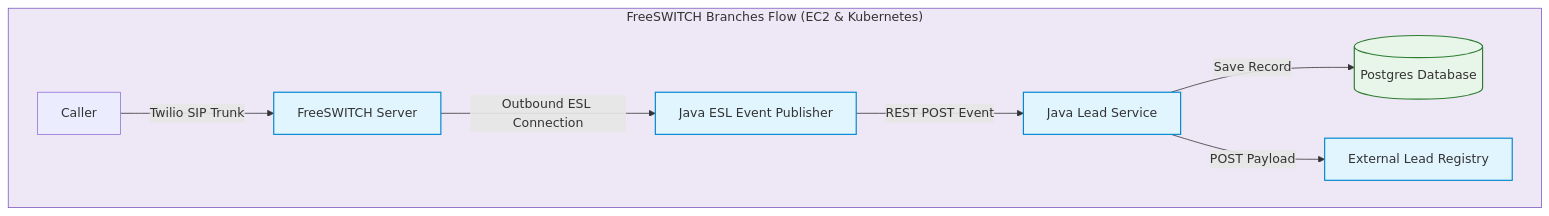
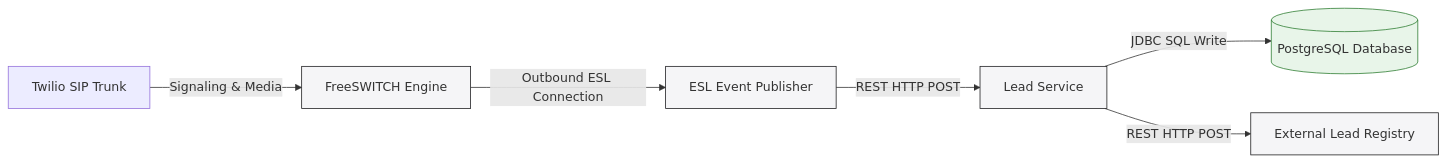
Before and after one commit to A5HW1NRA7AN/Telephony-Service: the diagram in README.md, drawn with Mermaid. The commit also changed other lines of this file, not shown here.

Commit message:
Restructure README.md to be more professional, emoji-free and clean up mermaid layout

````diff
--- a/README.md
+++ b/README.md
@@ -23,16 +23,11 @@
 ```mermaid
-flowchart TD
-    classDef branch fill:#f9f9f9,stroke:#333,stroke-width:1px;
-    classDef nodeStyle fill:#e1f5fe,stroke:#0288d1,stroke-width:1.5px;
-    classDef dbStyle fill:#e8f5e9,stroke:#2e7d32,stroke-width:1.5px;
+flowchart LR
+    classDef comp fill:#f5f5f7,stroke:#1d1d1f,stroke-width:1px;
+    classDef database fill:#e8f5e9,stroke:#2e7d32,stroke-width:1px;
 
-    subgraph FreeSwitchFlow ["FreeSWITCH Branches Flow (EC2 & Kubernetes)"]
-        F[Caller] -->|Twilio SIP Trunk| G[FreeSWITCH Server]:::nodeStyle
-        G -->|Outbound ESL Connection| H[Java ESL Event Publisher]:::nodeStyle
-        H -->|REST POST Event| J[Java Lead Service]:::nodeStyle
-        J -->|Save Record| K[(Postgres Database)]:::dbStyle
-        J -->|POST Payload| L[External Lead Registry]:::nodeStyle
-    end
-    
-    style FreeSwitchFlow fill:#ede7f6,stroke:#7e57c2,stroke-width:1px
+    SIP[Twilio SIP Trunk] -->|Signaling & Media| FS[FreeSWITCH Engine]:::comp
+    FS -->|Outbound ESL Connection| EP[ESL Event Publisher]:::comp
+    EP -->|REST HTTP POST| LS[Lead Service]:::comp
+    LS -->|JDBC SQL Write| DB[(PostgreSQL Database)]:::database
+    LS -->|REST HTTP POST| REG[External Lead Registry]:::comp
 ```
````
